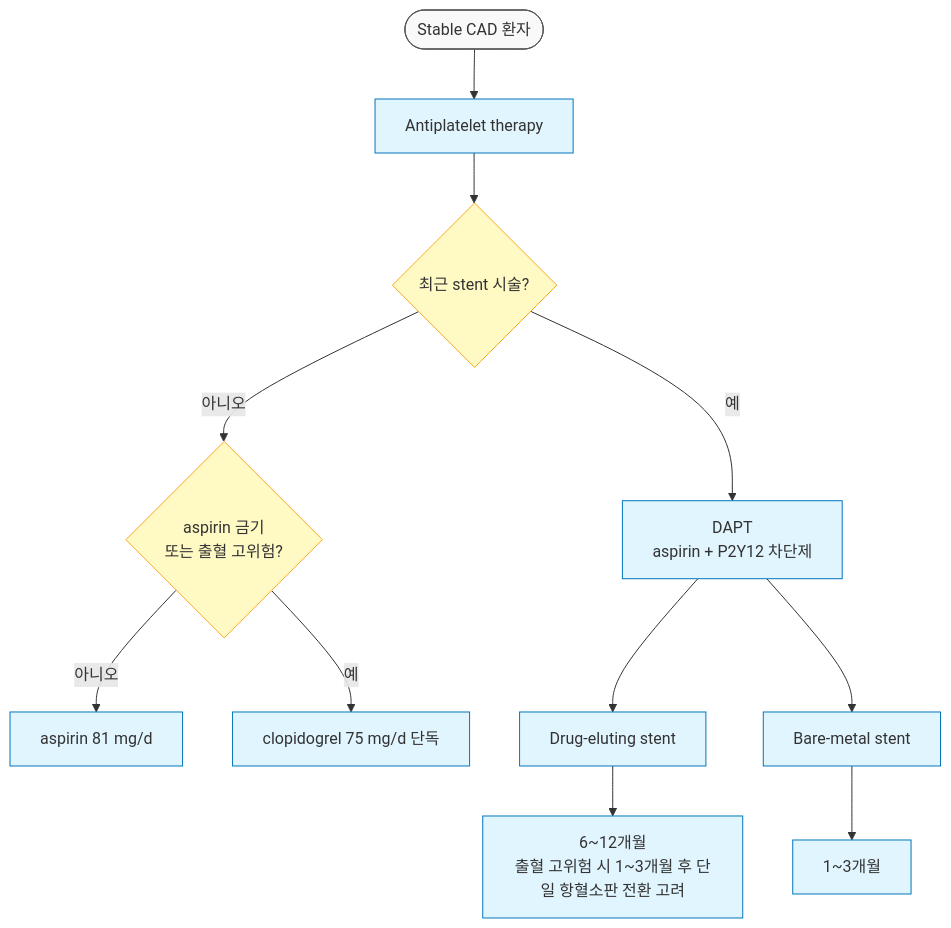
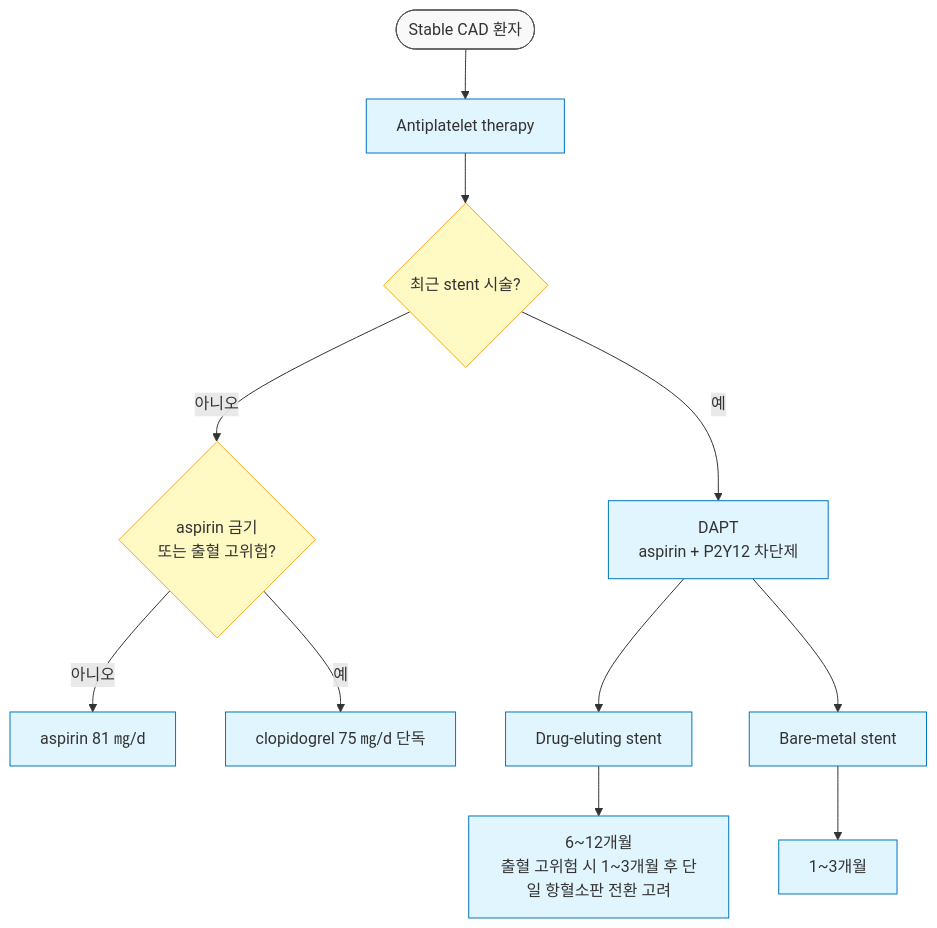
One commit to familyoh77/familyoh77 changed the second of 3 diagrams in 225_/097_-angina-pectoris.md. Above: the diagram before and after it, drawn with Mermaid. The commit also changed other lines of this file, not shown here.

````diff
--- a/225_/097_-angina-pectoris.md
+++ b/225_/097_-angina-pectoris.md
@@ -498,24 +498,24 @@
 ```mermaid
 graph TD
     A([Stable CAD 환자]) --> B[Antiplatelet therapy]
     B --> C{최근 stent 시술?}
 
     C -- 아니오 --> D{aspirin 금기\n또는 출혈 고위험?}
     C -- 예 --> E[DAPT\naspirin + P2Y12 차단제]
 
-    D -- 아니오 --> F[aspirin 81 mg/d]
-    D -- 예 --> G[clopidogrel 75 mg/d 단독]
+    D -- 아니오 --> F[aspirin 81 ㎎/d]
+    D -- 예 --> G[clopidogrel 75 ㎎/d 단독]
 
     E --> H[Drug-eluting stent]
     E --> I[Bare-metal stent]
 
     H --> J[6~12개월\n출혈 고위험 시 1~3개월 후 단일 항혈소판 전환 고려]
     I --> K[1~3개월]
 
     classDef decision fill:#fff9c4,stroke:#f9a825
     classDef action fill:#e1f5fe,stroke:#0277bd
     classDef start fill:#f9f9f9,stroke:#555
     class C,D decision
     class B,E,F,G,H,I,J,K action
     class A start
 ```
````
